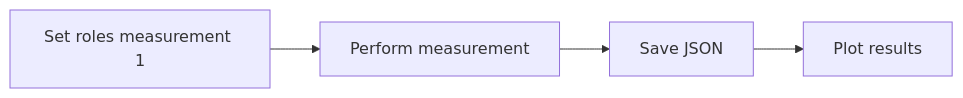
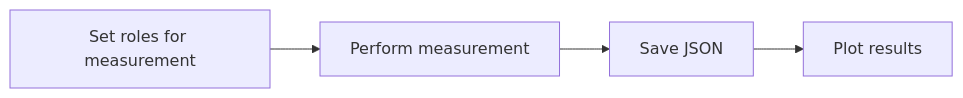
The first of 2 diagrams in README.md (idabj/MADCHASE), drawn with Mermaid before and after one commit. The commit also changed other lines of this file, not shown here.

````diff
--- a/README.md
+++ b/README.md
@@ -5,7 +8,7 @@
 ```mermaid
 graph LR;
-    A[Set roles measurement 1] --> B;
+    A[Set roles for measurement] --> B;
     B[Perform measurement] --> C;
     C[Save JSON] --> D;
     D[Plot results];
 ```
````
